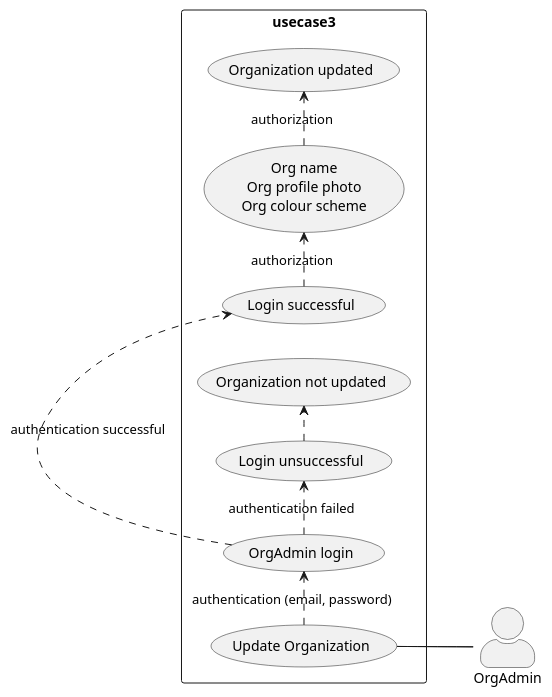
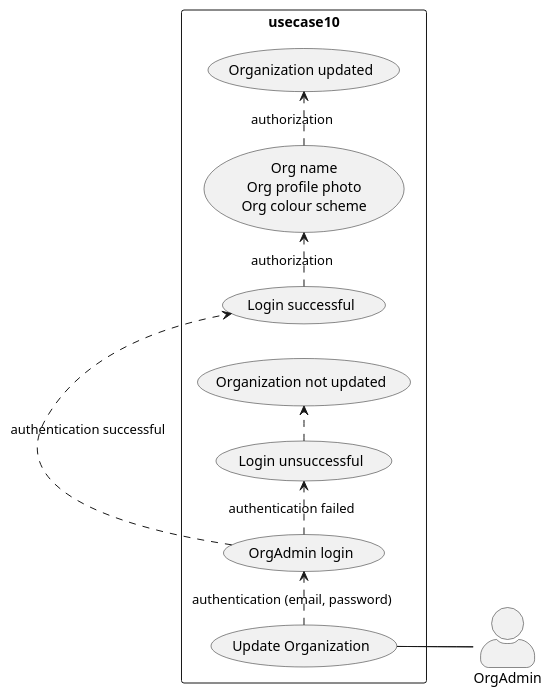
The diagram in 10_org_admin_usecase10.wsd (wawerualbert/CodeHub), drawn with PlantUML before and after one commit. The commit also changed 6 other files, not shown here.

```diff
--- a/10_org_admin_usecase10.wsd
+++ b/10_org_admin_usecase10.wsd
@@ -1,19 +1,19 @@
 @startuml OrgAdmin Update Organization
 
 skinparam actorStyle awesome
 left to right direction
 skinparam packageStyle rectangle
 
 actor OrgAdmin
-rectangle usecase3 {
+rectangle usecase10 {
   OrgAdmin-- (Update Organization)
   (Update Organization) .> (OrgAdmin login) : authentication (email, password)
   (OrgAdmin login) .> (Login successful) : authentication successful
   (Login successful) .> (Org name\nOrg profile photo\nOrg colour scheme) : authorization
   (Org name\nOrg profile photo\nOrg colour scheme) .> (Organization updated) : authorization 
   (OrgAdmin login) .> (Login unsuccessful) : authentication failed
   (Login unsuccessful) .> (Organization not updated)  
   (Update Organization)-- OrgAdmin
 }
 
 @enduml
```
